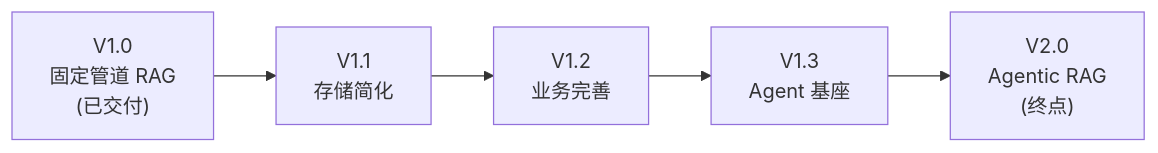
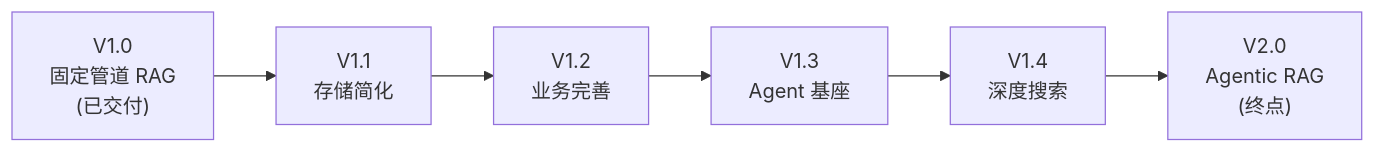
One commit to int2t05/Cognik changed the first of 9 diagrams in docs/ROADMAP.md. Above: the diagram before and after it, drawn with Mermaid. The commit also changed other lines of this file, not shown here.

First line of the commit message:
docs: ROADMAP V1.2 标记已交付 + V1.3/V1.4 规划更新

````diff
--- a/docs/ROADMAP.md
+++ b/docs/ROADMAP.md
@@ -15,7 +15,8 @@
 ```mermaid
 flowchart LR
     V1["V1.0<br/>固定管道 RAG<br/>(已交付)"] --> V11["V1.1<br/>存储简化"]
     V11 --> V12["V1.2<br/>业务完善"]
     V12 --> V13["V1.3<br/>Agent 基座"]
-    V13 --> V2["V2.0<br/>Agentic RAG<br/>(终点)"]
+    V13 --> V14["V1.4<br/>深度搜索"]
+    V14 --> V2["V2.0<br/>Agentic RAG<br/>(终点)"]
 ```
````
